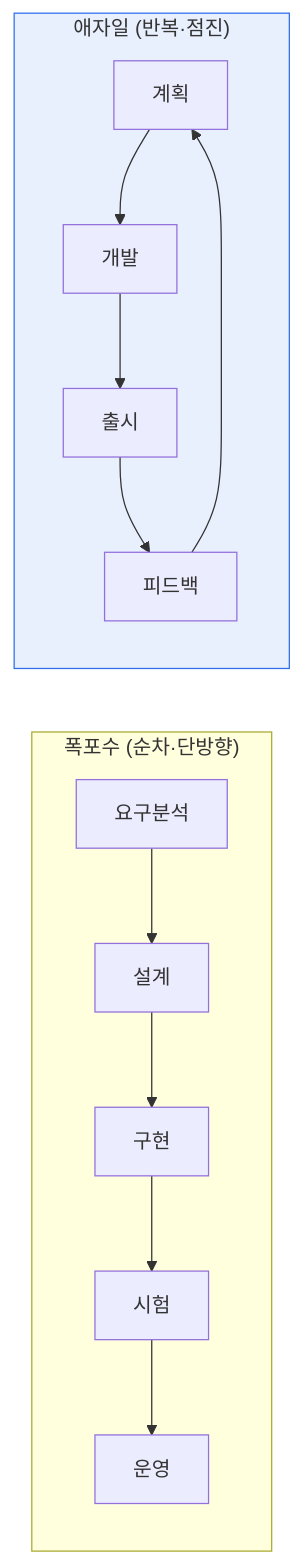
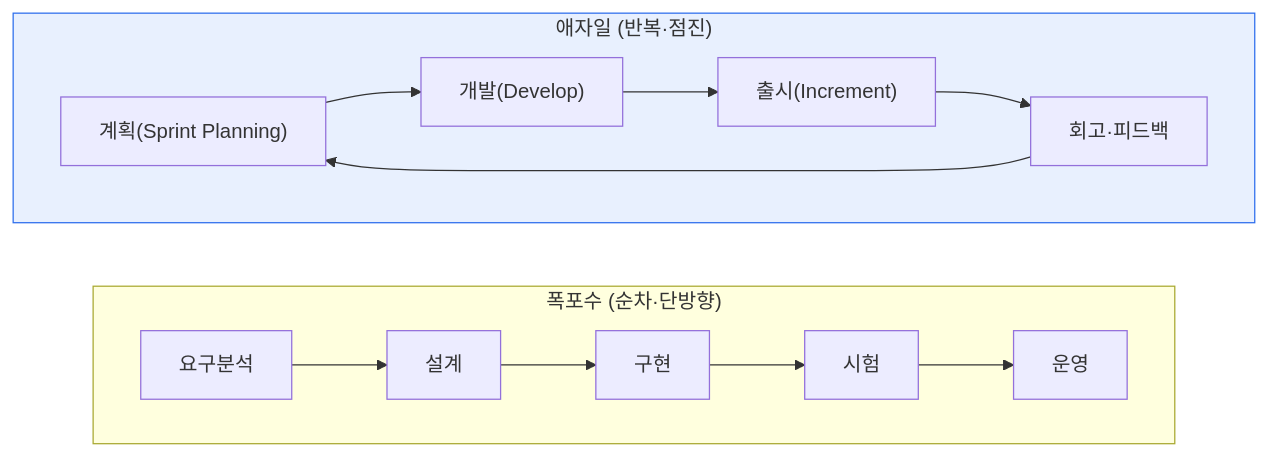
Before and after one commit to coninggu/wjdqhrhksflrltnftk: the first of 2 diagrams in content/waterfall-vs-agile.md, drawn with Mermaid. The commit also changed other lines of this file and 3 other files, not shown here.

````diff
--- a/content/waterfall-vs-agile.md
+++ b/content/waterfall-vs-agile.md
@@ -15,10 +25,12 @@
 ```mermaid
 flowchart LR
   subgraph W["폭포수 (순차·단방향)"]
-    W1[요구분석] --> W2[설계] --> W3[구현] --> W4[시험] --> W5[운영]
+    direction LR
+    W1["요구분석"] --> W2["설계"] --> W3["구현"] --> W4["시험"] --> W5["운영"]
   end
   subgraph A["애자일 (반복·점진)"]
-    A1[계획] --> A2[개발] --> A3[출시] --> A4[피드백] --> A1
+    direction LR
+    A1["계획(Sprint Planning)"] --> A2["개발(Develop)"] --> A3["출시(Increment)"] --> A4["회고·피드백"] --> A1
   end
   style A fill:#e8f0fe,stroke:#2f6fed
 ```
````
